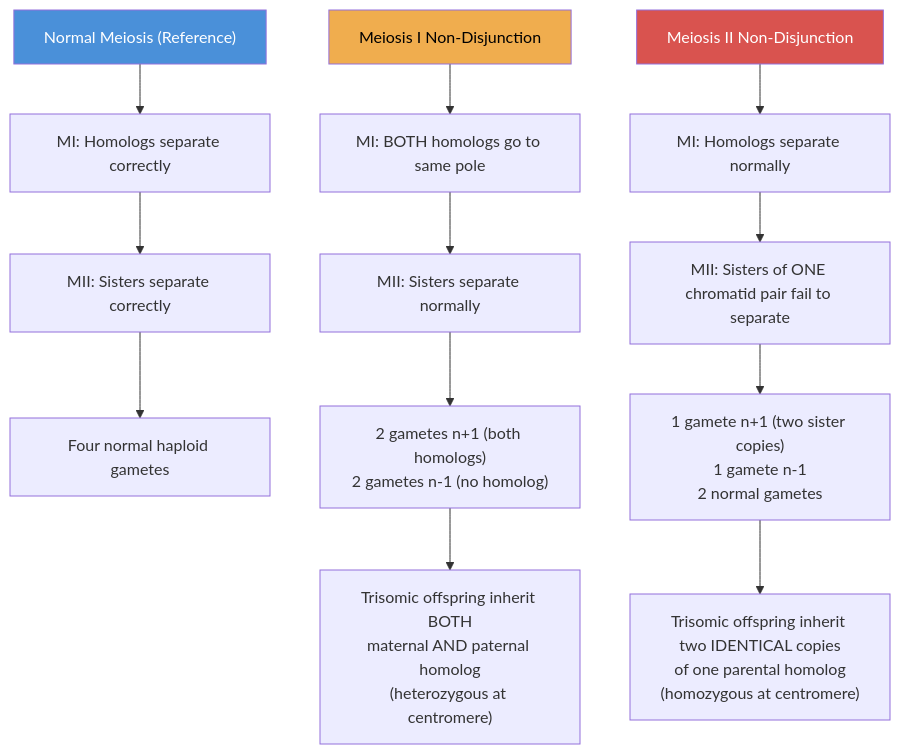
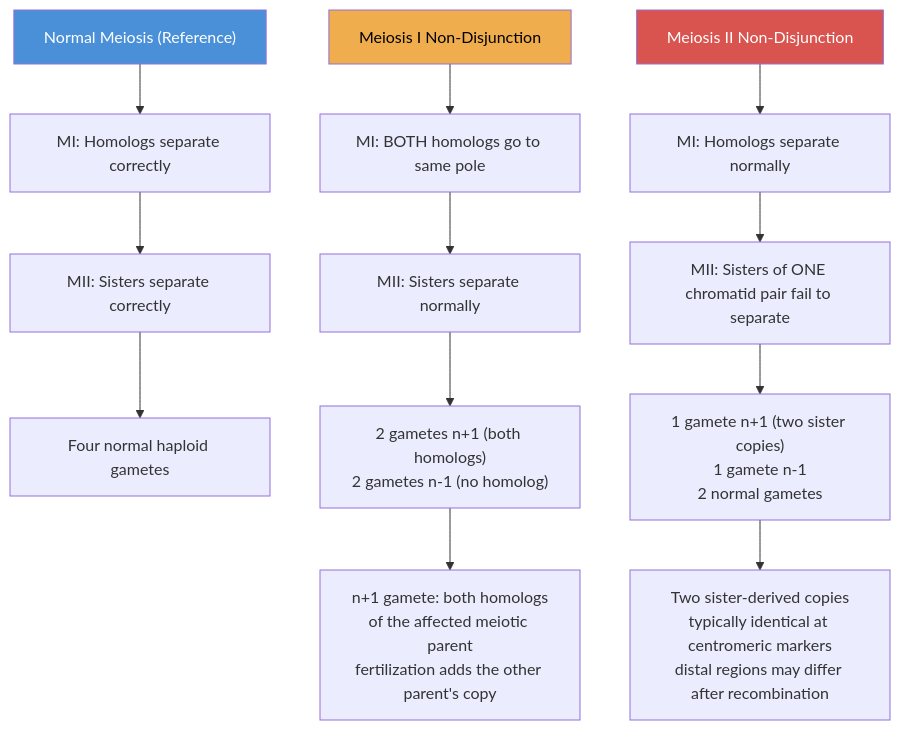
The sixth of 7 diagrams in docs/manuscript/unit_V/chromosomal_inheritance.md (docxology/biology_textbook), drawn with Mermaid before and after one commit. The commit also changed other lines of this file and 444 other files, not shown here.

````diff
--- a/docs/manuscript/unit_V/chromosomal_inheritance.md
+++ b/docs/manuscript/unit_V/chromosomal_inheritance.md
@@ -598,20 +599,20 @@
 ```mermaid
 flowchart TD
     A["Normal Meiosis (Reference)"] --> A1["MI: Homologs separate correctly"]
     A1 --> A2["MII: Sisters separate correctly"]
     A2 --> A3["Four normal haploid gametes"]
 
     B["Meiosis I Non-Disjunction"] --> B1["MI: BOTH homologs go to same pole"]
     B1 --> B2["MII: Sisters separate normally"]
     B2 --> B3["2 gametes n+1 (both homologs)<br/>2 gametes n-1 (no homolog)"]
-    B3 --> B4["Trisomic offspring inherit BOTH<br/>maternal AND paternal homolog<br/>(heterozygous at centromere)"]
+    B3 --> B4["n+1 gamete: both homologs<br/>of the affected meiotic parent<br/>fertilization adds the other parent's copy"]
 
     C["Meiosis II Non-Disjunction"] --> C1["MI: Homologs separate normally"]
     C1 --> C2["MII: Sisters of ONE chromatid pair fail to separate"]
     C2 --> C3["1 gamete n+1 (two sister copies)<br/>1 gamete n-1<br/>2 normal gametes"]
-    C3 --> C4["Trisomic offspring inherit two IDENTICAL copies<br/>of one parental homolog<br/>(homozygous at centromere)"]
+    C3 --> C4["Two sister-derived copies<br/>typically identical at centromeric markers<br/>distal regions may differ after recombination"]
 
     style A fill:#4a90d9,color:#fff
     style B fill:#f0ad4e,color:#000
     style C fill:#d9534f,color:#fff
 ```
````
